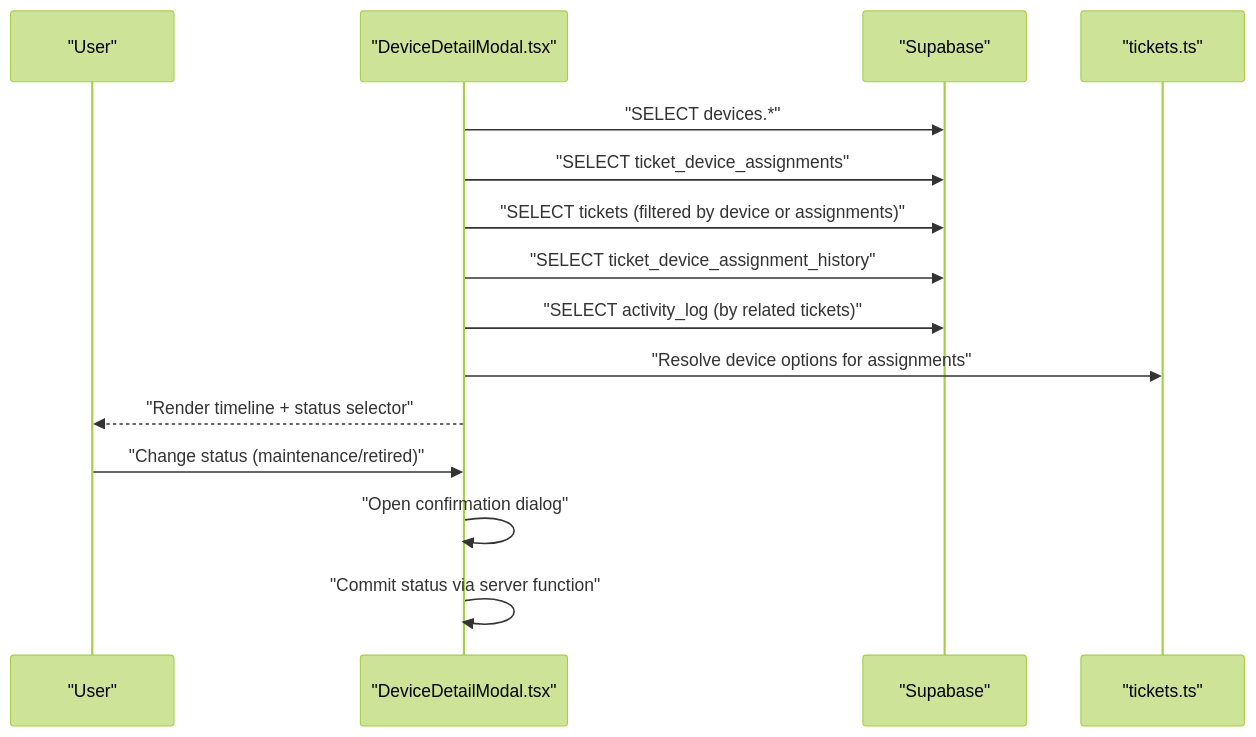
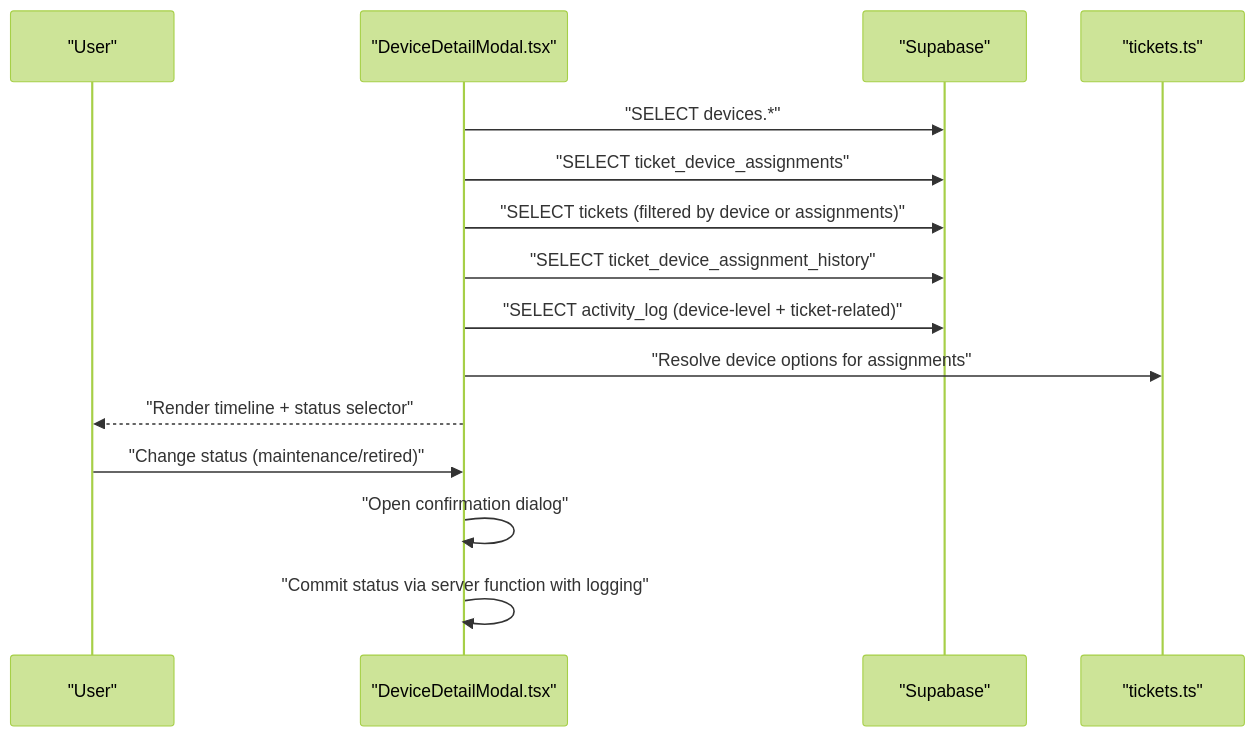
One commit to gastaldellomarco/pcReady changed the fourth of 9 diagrams in .qoder/repowiki/en/content/Device Management System/Device Management System.md. Above: the diagram before and after it, drawn with Mermaid (forest theme). The commit also changed other lines of this file and 5 other files, not shown here.

````diff
--- a/.qoder/repowiki/en/content/Device Management System/Device Management System.md
+++ b/.qoder/repowiki/en/content/Device Management System/Device Management System.md
@@ -212,17 +222,17 @@
 ```mermaid
 sequenceDiagram
 participant U as "User"
 participant DM as "DeviceDetailModal.tsx"
 participant S as "Supabase"
 participant TS as "tickets.ts"
 DM->>S : "SELECT devices.*"
 DM->>S : "SELECT ticket_device_assignments"
 DM->>S : "SELECT tickets (filtered by device or assignments)"
 DM->>S : "SELECT ticket_device_assignment_history"
-DM->>S : "SELECT activity_log (by related tickets)"
+DM->>S : "SELECT activity_log (device-level + ticket-related)"
 DM->>TS : "Resolve device options for assignments"
 DM-->>U : "Render timeline + status selector"
 U->>DM : "Change status (maintenance/retired)"
 DM->>DM : "Open confirmation dialog"
-DM->>DM : "Commit status via server function"
+DM->>DM : "Commit status via server function with logging"
 ```
````
